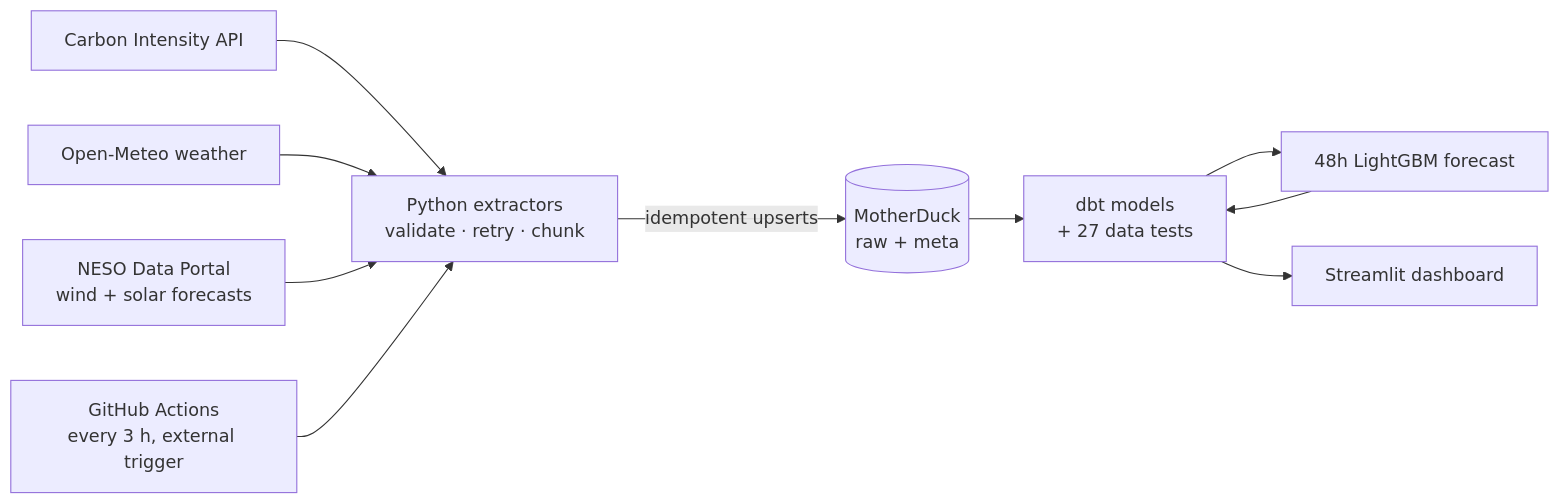
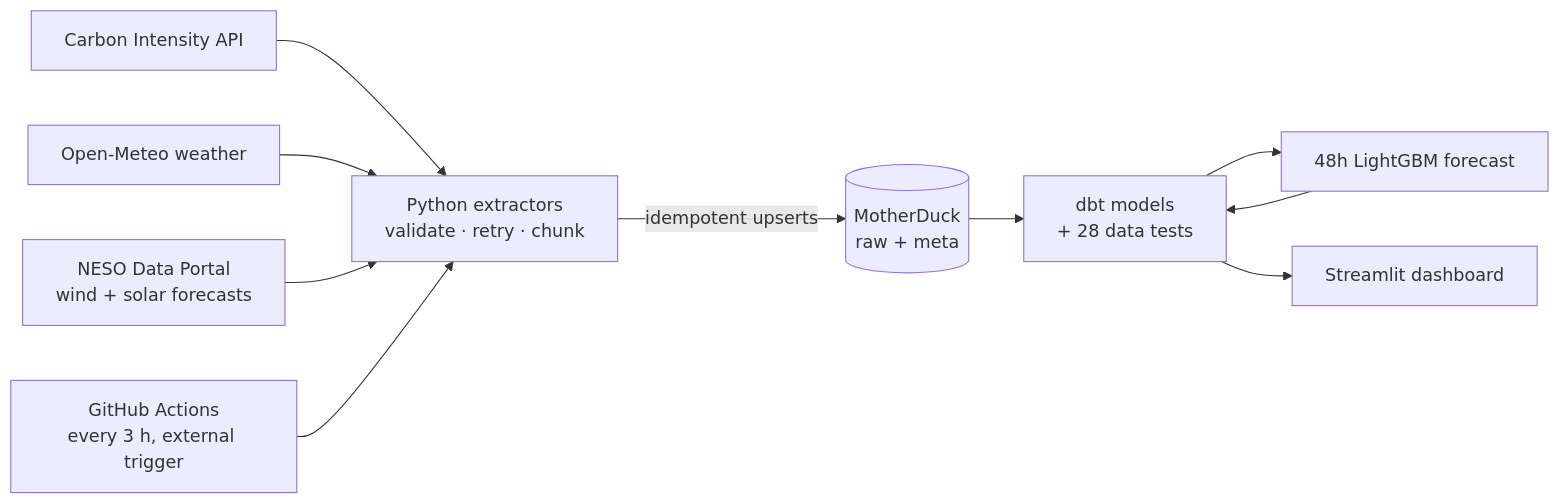
One commit to p3rpetualpanda/gb-grid-carbon changed the diagram in README.md. Above: the diagram before and after it, drawn with Mermaid. The commit also changed other lines of this file and 4 other files, not shown here.

````diff
--- a/README.md
+++ b/README.md
@@ -15,12 +15,12 @@
 ```mermaid
 flowchart LR
   A[Carbon Intensity API] --> E[Python extractors<br/>validate · retry · chunk]
   B[Open-Meteo weather] --> E
   C[NESO Data Portal<br/>wind + solar forecasts] --> E
   E -->|idempotent upserts| R[(MotherDuck<br/>raw + meta)]
-  R --> D[dbt models<br/>+ 27 data tests]
+  R --> D[dbt models<br/>+ 28 data tests]
   D --> F[48h LightGBM forecast]
   F --> D
   D --> S[Streamlit dashboard]
   G[GitHub Actions<br/>every 3 h, external trigger] --> E
 ```
````
